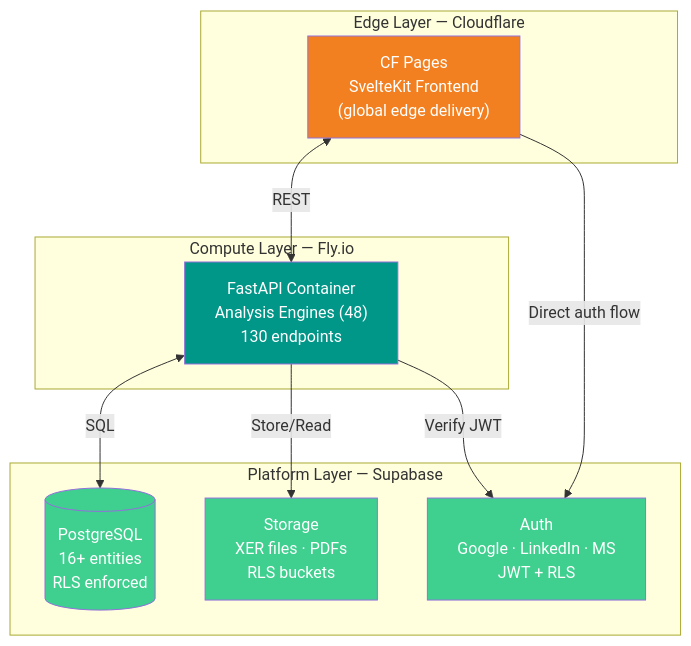
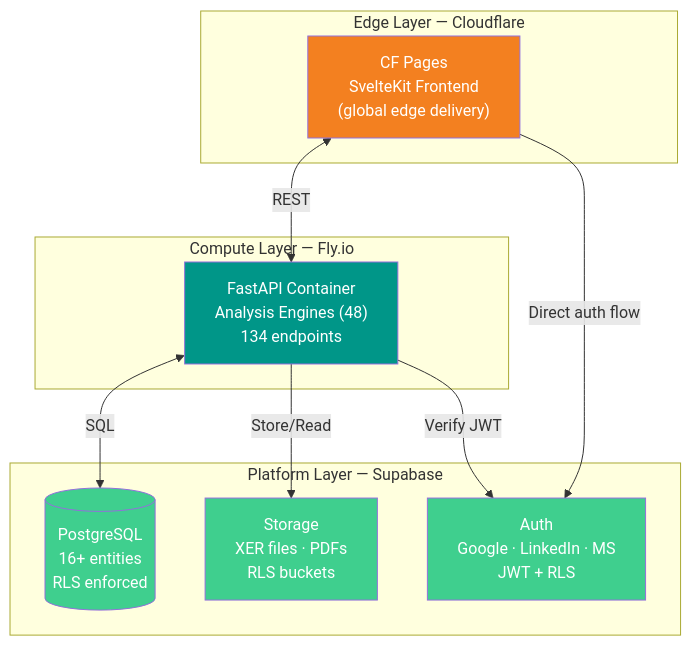
Before and after one commit to VitorMRodovalho/meridianiq: the first of 2 diagrams in README.md, drawn with Mermaid. The commit also changed other lines of this file and 17 other files, not shown here.

````diff
--- a/README.md
+++ b/README.md
@@ -116,28 +116,28 @@
 ```mermaid
 graph TB
     subgraph "Edge Layer — Cloudflare"
         CF_PAGES["CF Pages<br/>SvelteKit Frontend<br/>(global edge delivery)"]
     end
 
     subgraph "Compute Layer — Fly.io"
-        FASTAPI["FastAPI Container<br/>Analysis Engines (48)<br/>130 endpoints"]
+        FASTAPI["FastAPI Container<br/>Analysis Engines (48)<br/>134 endpoints"]
     end
 
     subgraph "Platform Layer — Supabase"
         AUTH["Auth<br/>Google · LinkedIn · MS<br/>JWT + RLS"]
         DB[("PostgreSQL<br/>16+ entities<br/>RLS enforced")]
         STORAGE["Storage<br/>XER files · PDFs<br/>RLS buckets"]
     end
 
     CF_PAGES <-->|"REST"| FASTAPI
     FASTAPI <-->|"SQL"| DB
     FASTAPI -->|"Store/Read"| STORAGE
     FASTAPI -->|"Verify JWT"| AUTH
     CF_PAGES -->|"Direct auth flow"| AUTH
 
     style CF_PAGES fill:#F38020,color:#fff
     style FASTAPI fill:#009688,color:#fff
     style DB fill:#3FCF8E,color:#fff
     style AUTH fill:#3FCF8E,color:#fff
     style STORAGE fill:#3FCF8E,color:#fff
 ```
````
